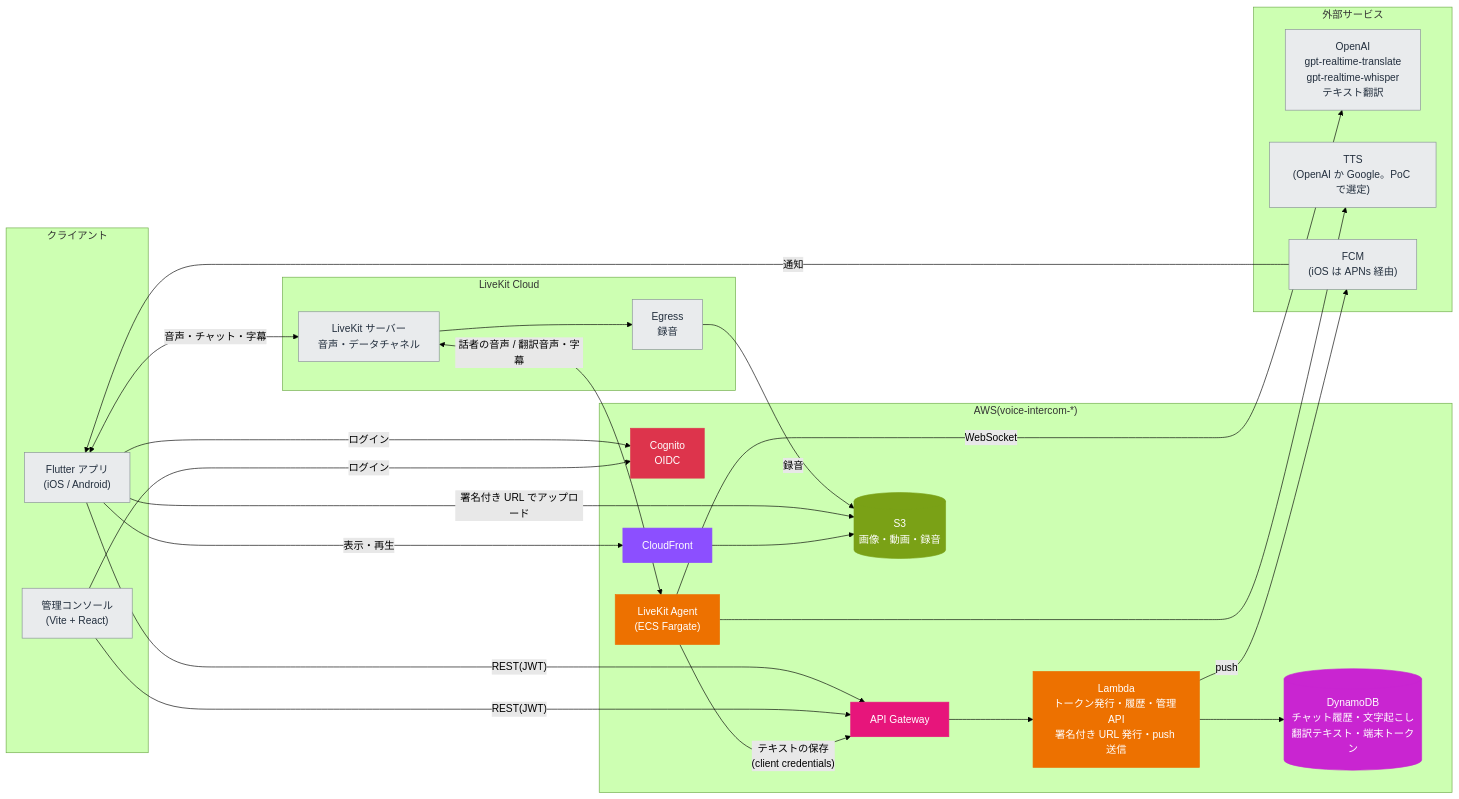
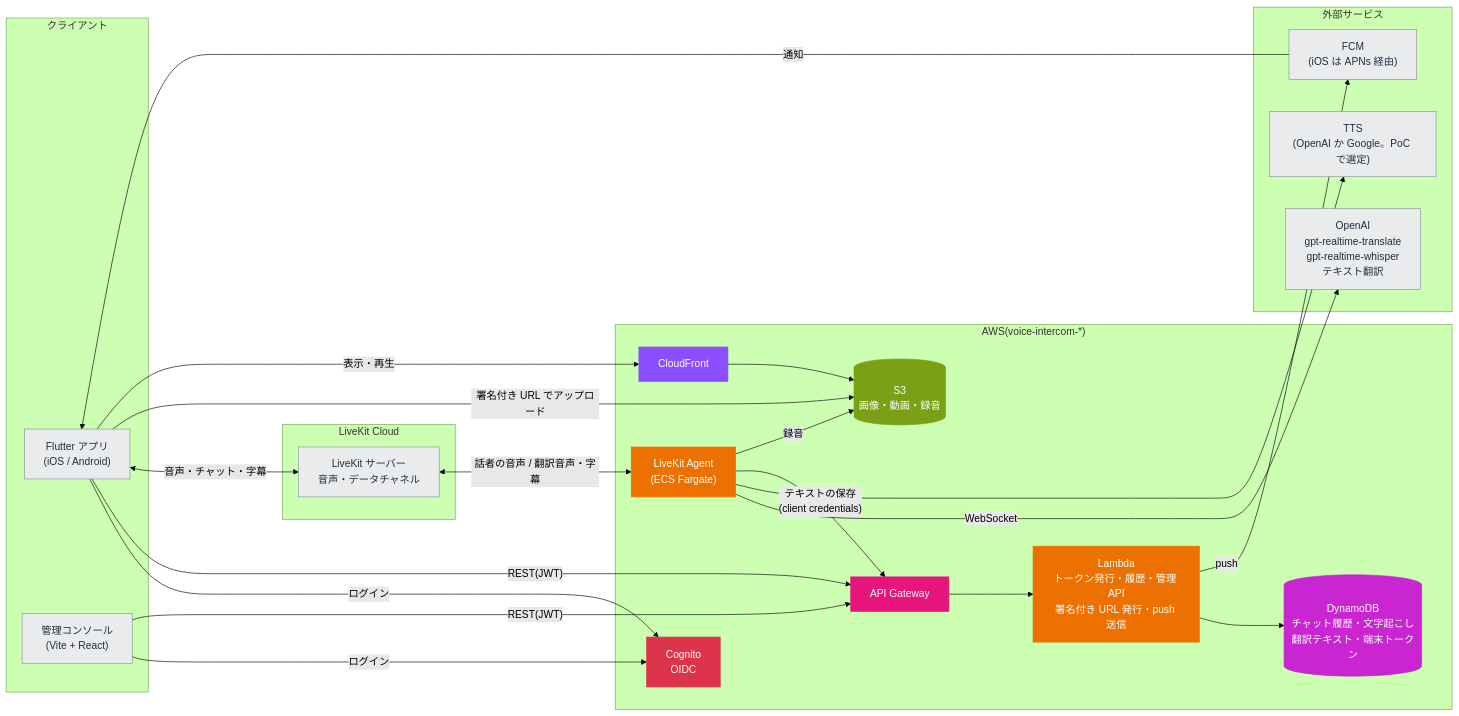
One commit to InoueDaiki/voice-intercom changed the diagram in README.md. Above: the diagram before and after it, drawn with Mermaid (forest theme). The commit also changed 1 other file, not shown here.

Commit message:
録音は Agent が作る方針に、設計メモと構成図を合わせる

````diff
--- a/README.md
+++ b/README.md
@@ -9,66 +9,64 @@
 ```mermaid
 flowchart LR
   subgraph clients["クライアント"]
     mobile["Flutter アプリ<br>(iOS / Android)"]
     admin["管理コンソール<br>(Vite + React)"]
   end
 
   subgraph livekit["LiveKit Cloud"]
     sfu["LiveKit サーバー<br>音声・データチャネル"]
-    egress["Egress<br>録音"]
   end
 
   subgraph aws["AWS(voice-intercom-*)"]
     cognito["Cognito<br>OIDC"]
     apigw["API Gateway"]
     lambda["Lambda<br>トークン発行・履歴・管理 API<br>署名付き URL 発行・push 送信"]
     ddb[("DynamoDB<br>チャット履歴・文字起こし<br>翻訳テキスト・端末トークン")]
     s3[("S3<br>画像・動画・録音")]
     cf["CloudFront"]
     agent["LiveKit Agent<br>(ECS Fargate)"]
   end
 
   subgraph ext["外部サービス"]
     openai["OpenAI<br>gpt-realtime-translate<br>gpt-realtime-whisper<br>テキスト翻訳"]
     tts["TTS<br>(OpenAI か Google。PoC で選定)"]
     fcm["FCM<br>(iOS は APNs 経由)"]
   end
 
   mobile -->|"ログイン"| cognito
   admin -->|"ログイン"| cognito
   mobile -->|"REST(JWT)"| apigw
   admin -->|"REST(JWT)"| apigw
   apigw --> lambda
   lambda --> ddb
   lambda -->|"push"| fcm
   fcm -->|"通知"| mobile
 
   mobile <-->|"音声・チャット・字幕"| sfu
   sfu <-->|"話者の音声 / 翻訳音声・字幕"| agent
   agent -->|"WebSocket"| openai
   agent --> tts
   agent -->|"テキストの保存<br>(client credentials)"| apigw
-  sfu --> egress
-  egress -->|"録音"| s3
+  agent -->|"録音"| s3
 
   mobile -->|"署名付き URL でアップロード"| s3
   mobile -->|"表示・再生"| cf
   cf --> s3
 
   %% AWS アーキテクチャアイコンのカテゴリ色
   classDef compute fill:#ED7100,stroke:#ED7100,color:#fff
   classDef appint fill:#E7157B,stroke:#E7157B,color:#fff
   classDef database fill:#C925D1,stroke:#C925D1,color:#fff
   classDef storage fill:#7AA116,stroke:#7AA116,color:#fff
   classDef network fill:#8C4FFF,stroke:#8C4FFF,color:#fff
   classDef security fill:#DD344C,stroke:#DD344C,color:#fff
   classDef external fill:#E9EBED,stroke:#879196,color:#232F3E
 
   class lambda,agent compute
   class apigw appint
   class ddb database
   class s3 storage
   class cf network
   class cognito security
-  class mobile,admin,sfu,egress,openai,tts,fcm external
+  class mobile,admin,sfu,openai,tts,fcm external
 ```
````
